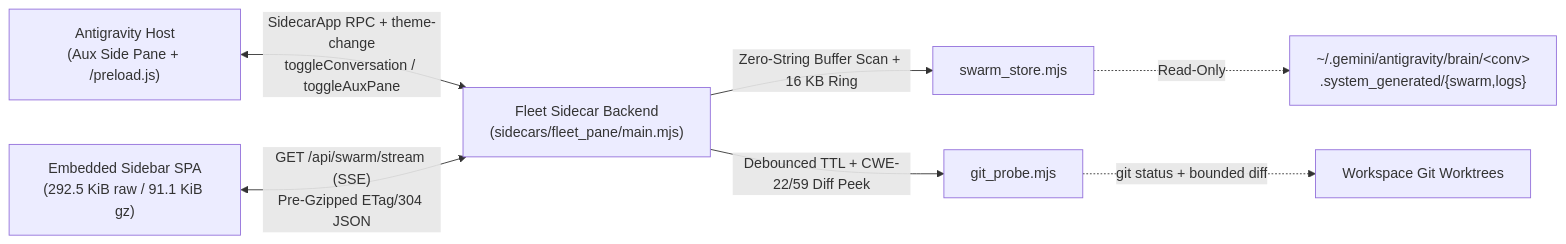
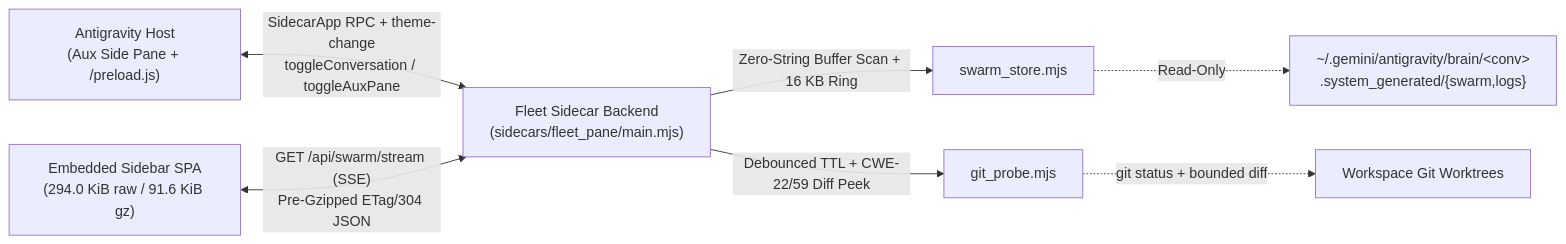
Before and after one commit to cayleb-james2008/dsh-fleet: the diagram in README.md, drawn with Mermaid. The commit also changed other lines of this file and 33 other files, not shown here.

````diff
--- a/README.md
+++ b/README.md
@@ -82,9 +83,9 @@
 ```mermaid
 flowchart LR
     Host["Antigravity Host<br/>(Aux Side Pane + /preload.js)"] <-->|"SidecarApp RPC + theme-change<br/>toggleConversation / toggleAuxPane"| Backend["Fleet Sidecar Backend<br/>(sidecars/fleet_pane/main.mjs)"]
-    UI["Embedded Sidebar SPA<br/>(292.5 KiB raw / 91.1 KiB gz)"] <-->|"GET /api/swarm/stream (SSE)<br/>Pre-Gzipped ETag/304 JSON"| Backend
+    UI["Embedded Sidebar SPA<br/>(294.0 KiB raw / 91.6 KiB gz)"] <-->|"GET /api/swarm/stream (SSE)<br/>Pre-Gzipped ETag/304 JSON"| Backend
     Backend -->|"Zero-String Buffer Scan + 16 KB Ring"| Store["swarm_store.mjs"]
     Backend -->|"Debounced TTL + CWE-22/59 Diff Peek"| Git["git_probe.mjs"]
     Store -.->|"Read-Only"| Brain["~/.gemini/antigravity/brain/&lt;conv&gt;<br/>.system_generated/{swarm,logs}"]
     Git -.->|"git status + bounded diff"| WT["Workspace Git Worktrees"]
 ```
````
